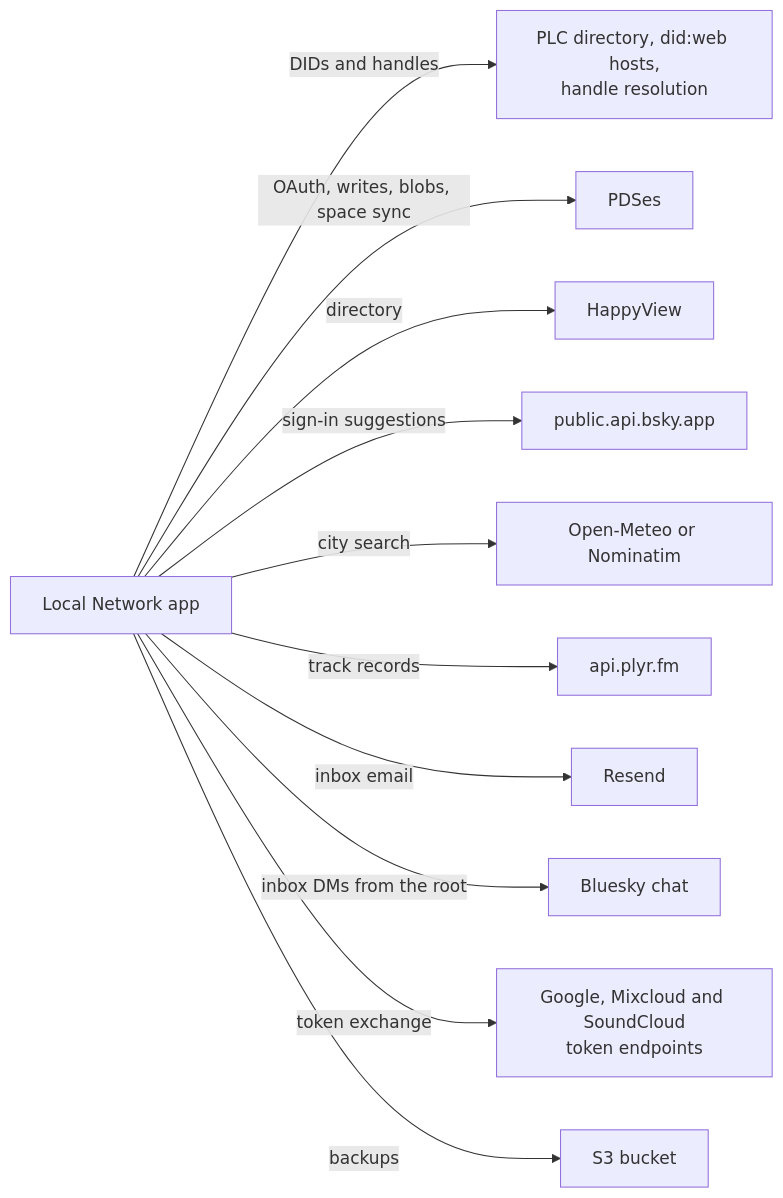
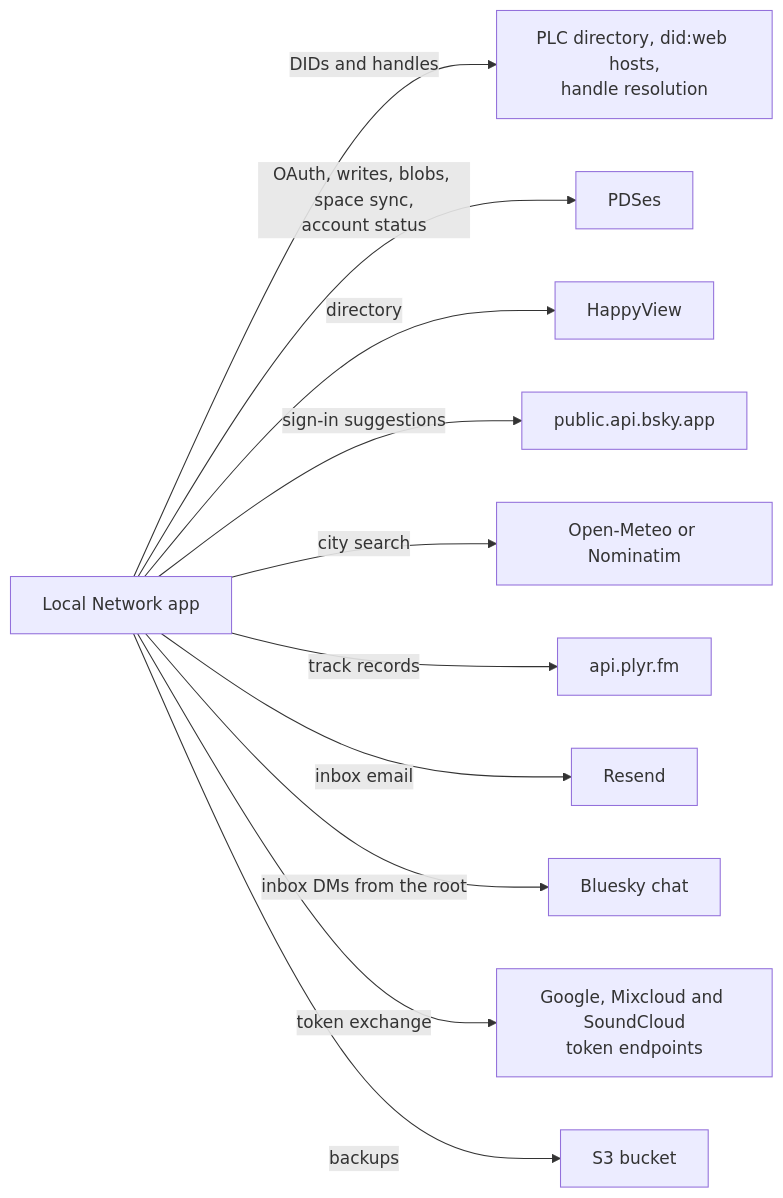
Before and after one commit to cutenode/localnetwork: the fifth of 11 diagrams in apps/web/README.md, drawn with Mermaid. The commit also changed other lines of this file and 41 other files, not shown here.

````diff
--- a/apps/web/README.md
+++ b/apps/web/README.md
@@ -558,14 +560,14 @@
 ```mermaid
 flowchart LR
   App["Local Network app"]
   App -- "DIDs and handles" --> Identity["PLC directory, did:web hosts,<br/>handle resolution"]
-  App -- "OAuth, writes, blobs, space sync" --> Pds["PDSes"]
+  App -- "OAuth, writes, blobs, space sync,<br/>account status" --> Pds["PDSes"]
   App -- "directory" --> HV["HappyView"]
   App -- "sign-in suggestions" --> Bsky["public.api.bsky.app"]
   App -- "city search" --> Geo["Open-Meteo or Nominatim"]
   App -- "track records" --> Plyr["api.plyr.fm"]
   App -- "inbox email" --> Resend["Resend"]
   App -- "inbox DMs from the root" --> Chat["Bluesky chat"]
   App -- "token exchange" --> Tokens["Google, Mixcloud and SoundCloud<br/>token endpoints"]
   App -- "backups" --> S3["S3 bucket"]
 ```
````
